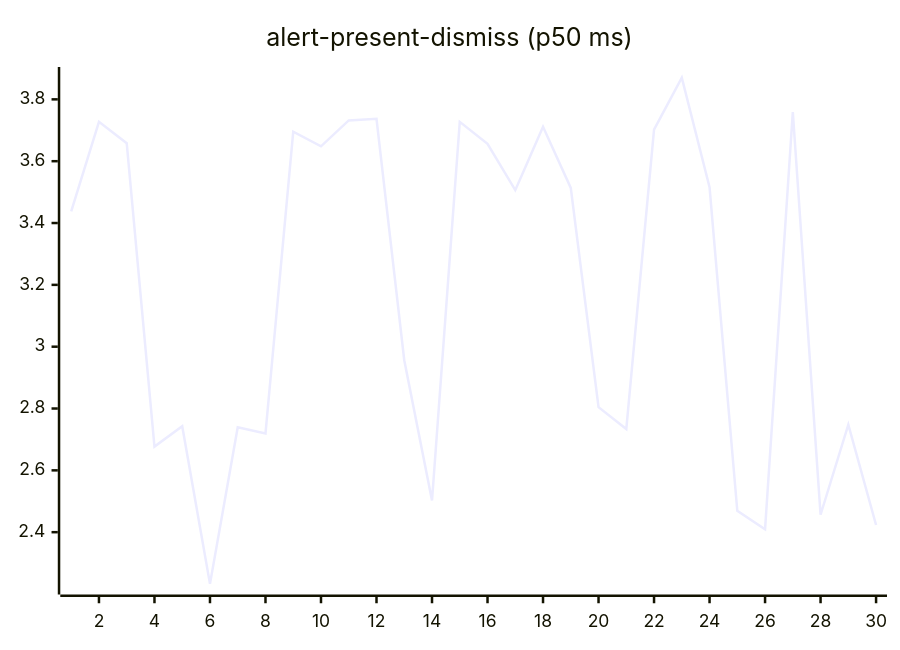
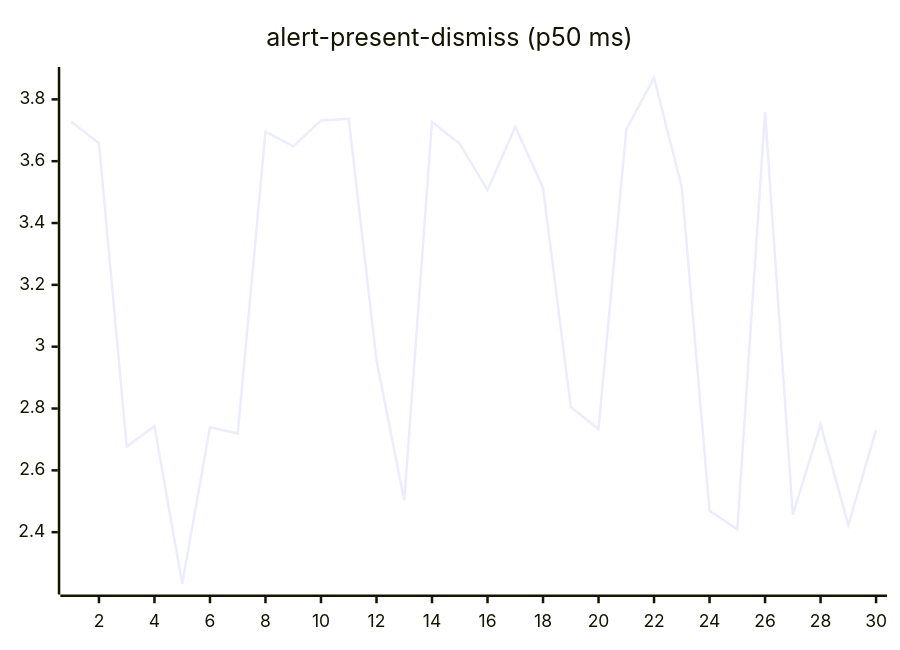
Before and after one commit to josha/Facet: the second of 27 diagrams in README.md, drawn with Mermaid. The commit also changed other lines of this file and 2 other files, not shown here.

````diff
--- a/README.md
+++ b/README.md
@@ -70,6 +70,6 @@
 ```mermaid
 xychart-beta
     title "alert-present-dismiss (p50 ms)"
     x-axis 1 --> 30
-    line [3.4376, 3.7274, 3.6582, 2.6769, 2.7425, 2.2328, 2.7393, 2.7195, 3.6955, 3.6480, 3.7318, 3.7373, 2.9562, 2.5024, 3.7273, 3.6562, 3.5064, 3.7112, 3.5136, 2.8044, 2.7337, 3.7022, 3.8703, 3.5157, 2.4688, 2.4093, 3.7592, 2.4564, 2.7475, 2.4232]
+    line [3.7274, 3.6582, 2.6769, 2.7425, 2.2328, 2.7393, 2.7195, 3.6955, 3.6480, 3.7318, 3.7373, 2.9562, 2.5024, 3.7273, 3.6562, 3.5064, 3.7112, 3.5136, 2.8044, 2.7337, 3.7022, 3.8703, 3.5157, 2.4688, 2.4093, 3.7592, 2.4564, 2.7475, 2.4232, 2.7312]
 ```
````
